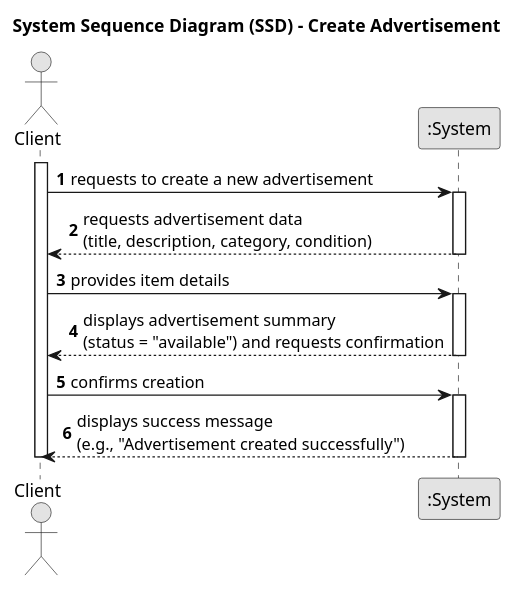
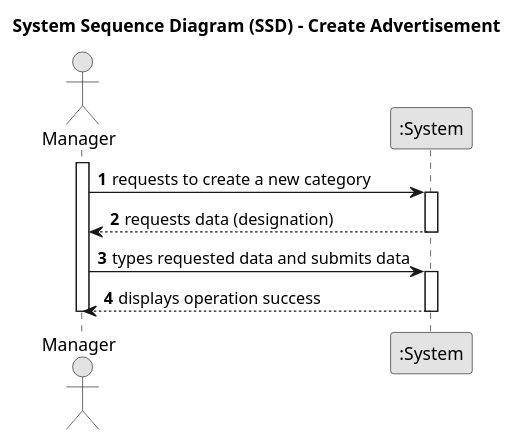
The diagram in Docs/US03/01-requirements-engineering/US03-SSD.puml (vivianeaalmeida/ComeAndGet), drawn with PlantUML before and after one commit. The commit also changed 5 other files, not shown here.

```diff
--- a/Docs/US03/01-requirements-engineering/US03-SSD.puml
+++ b/Docs/US03/01-requirements-engineering/US03-SSD.puml
@@ -1,34 +1,28 @@
 @startuml
 skinparam monochrome true
 skinparam packageStyle rectangle
 skinparam shadowing false
 
 title System Sequence Diagram (SSD) - Create Advertisement
 
 autonumber
 
-actor "Client" as Client
+actor Manager as M
 participant ":System" as System
 
-activate Client
+activate M
 
-    Client -> System : requests to create a new advertisement
+    M -> System : requests to create a new category
     activate System
 
-        System --> Client : requests advertisement data \n(title, description, category, condition)
+        System --> M : requests data (designation)
     deactivate System
 
-    Client -> System : provides item details
+    M -> System : types requested data and submits data
     activate System
 
-        System --> Client : displays advertisement summary \n(status = "available") and requests confirmation
+        System --> M : displays operation success
     deactivate System
 
-    Client -> System : confirms creation
-    activate System
-
-        System --> Client : displays success message \n(e.g., "Advertisement created successfully")
-    deactivate System
-
-deactivate Client
+deactivate M
 @enduml
```
